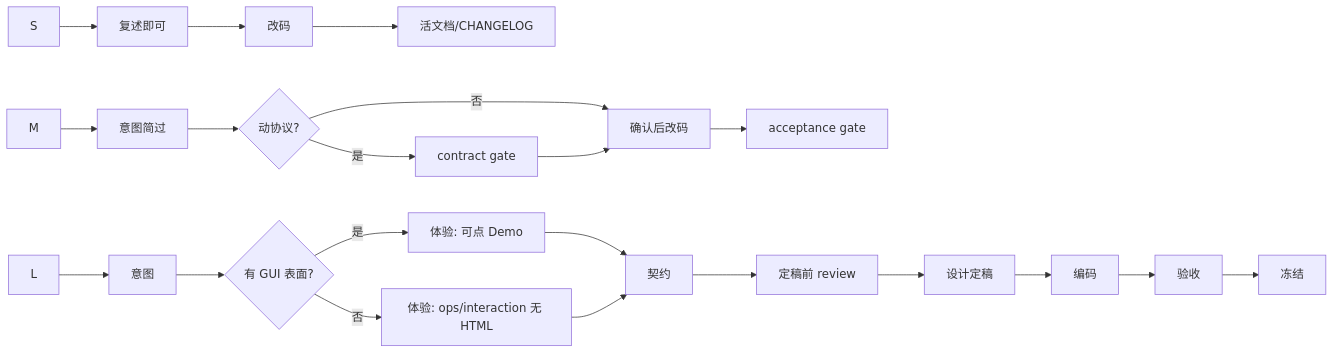
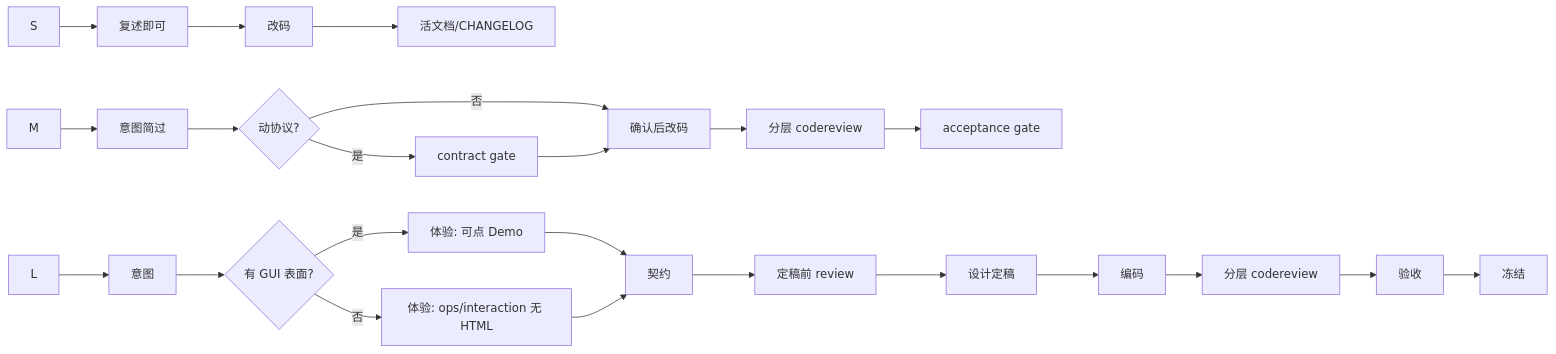
One commit to linjiaqin12138/skills changed the diagram in skills/product-delivery/references/gates.md. Above: the diagram before and after it, drawn with Mermaid. The commit also changed other lines of this file and 12 other files, not shown here.

````diff
--- a/skills/product-delivery/references/gates.md
+++ b/skills/product-delivery/references/gates.md
@@ -99,23 +100,25 @@
 ```mermaid
 flowchart LR
   S[S] --> S0[复述即可]
   S0 --> Code[改码]
   Code --> Soft[活文档/CHANGELOG]
   M[M] --> I[意图简过]
   I --> C{动协议?}
   C -->|是| K[contract gate]
   C -->|否| Code2[确认后改码]
   K --> Code2
-  Code2 --> V[acceptance gate]
+  Code2 --> CR1[分层 codereview]
+  CR1 --> V[acceptance gate]
   L[L] --> G1[意图]
   G1 --> Surf{有 GUI 表面?}
   Surf -->|是| G2a[体验: 可点 Demo]
   Surf -->|否| G2b[体验: ops/interaction 无 HTML]
   G2a --> G3[契约]
   G2b --> G3
   G3 --> R[定稿前 review]
   R --> D[设计定稿]
   D --> Code3[编码]
-  Code3 --> G4[验收]
+  Code3 --> CR2[分层 codereview]
+  CR2 --> G4[验收]
   G4 --> F[冻结]
 ```
````
